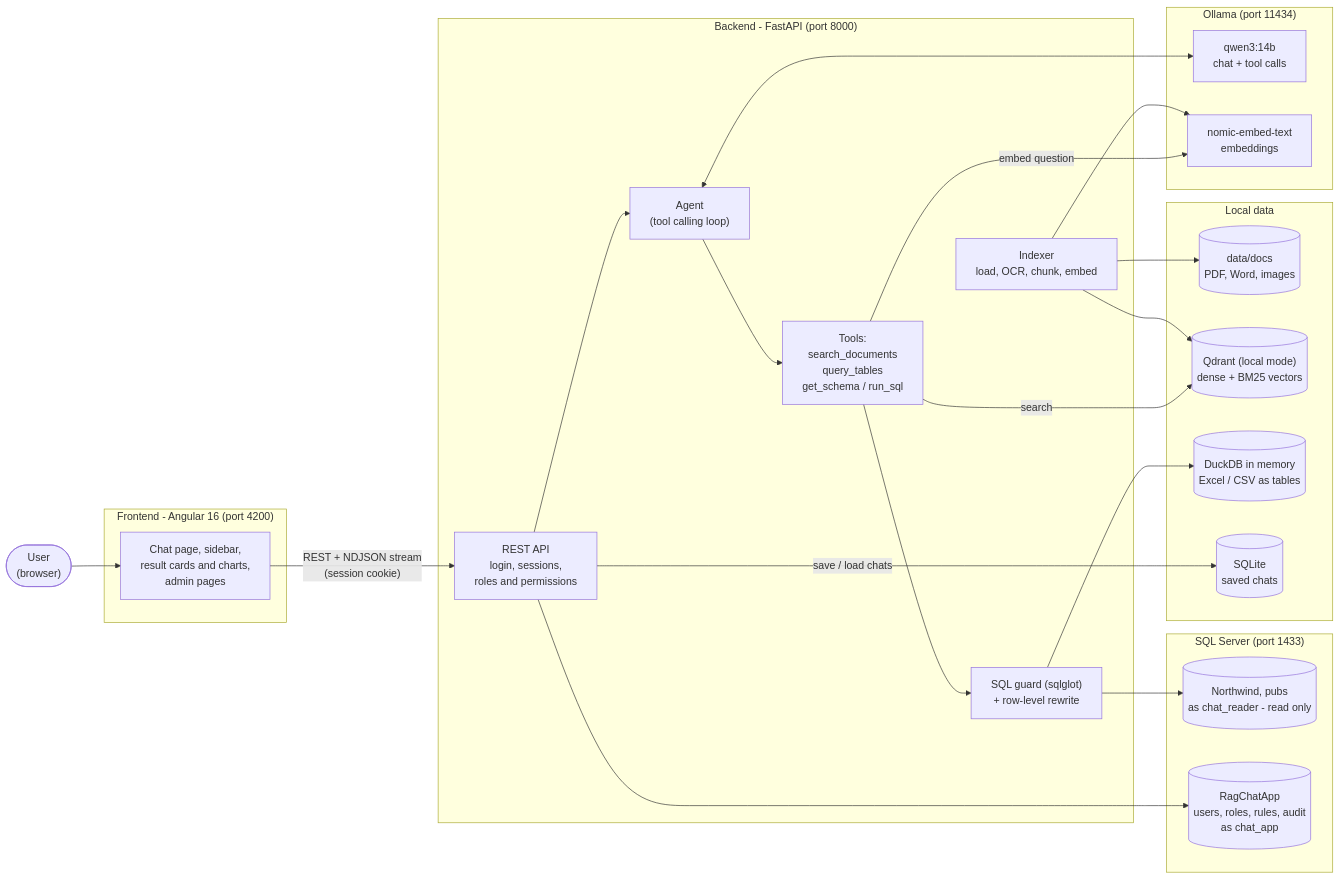
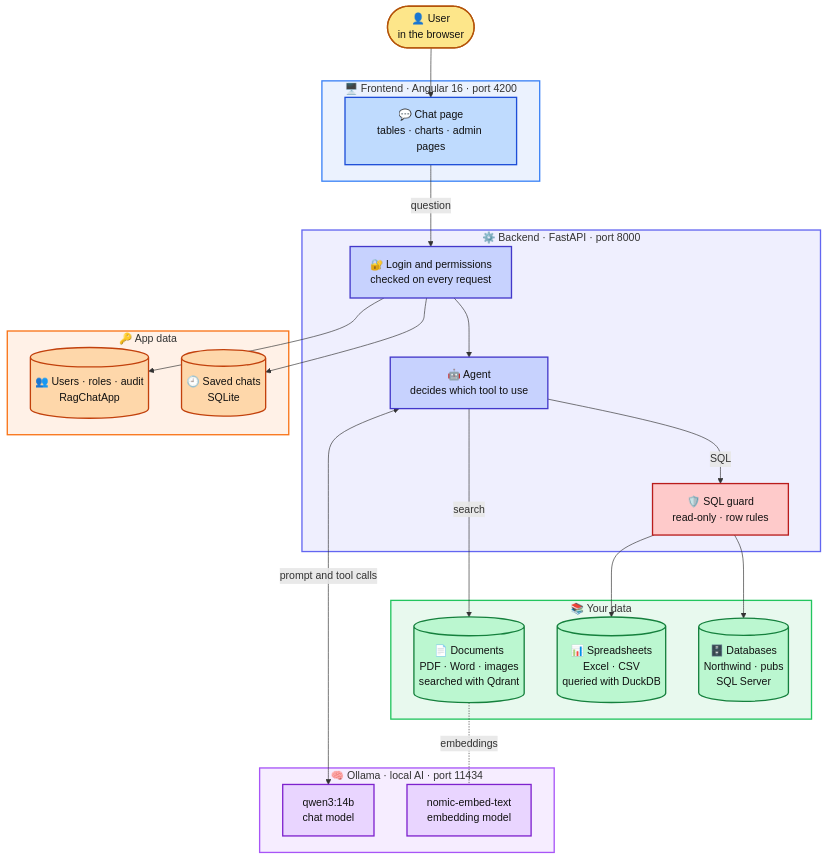
Before and after one commit to jagadeesh-dotnet/rag-chat-on-premise-ai: the first of 2 diagrams in README.md, drawn with Mermaid. The commit also changed other lines of this file, not shown here.

````diff
--- a/README.md
+++ b/README.md
@@ -35,49 +35,56 @@
 ```mermaid
-flowchart LR
-    user(["User<br/>(browser)"])
+flowchart TB
+    U(["👤 User<br/>in the browser"]):::user
 
-    subgraph FE["Frontend - Angular 16 (port 4200)"]
-        ui["Chat page, sidebar,<br/>result cards and charts,<br/>admin pages"]
+    subgraph FE["🖥️ Frontend · Angular 16 · port 4200"]
+        UI["💬 Chat page<br/>tables · charts · admin pages"]:::fe
     end
 
-    subgraph BE["Backend - FastAPI (port 8000)"]
-        auth["REST API<br/>login, sessions,<br/>roles and permissions"]
-        agent["Agent<br/>(tool calling loop)"]
-        tools["Tools:<br/>search_documents<br/>query_tables<br/>get_schema / run_sql"]
-        guard["SQL guard (sqlglot)<br/>+ row-level rewrite"]
-        ingest["Indexer<br/>load, OCR, chunk, embed"]
+    subgraph BE["⚙️ Backend · FastAPI · port 8000"]
+        API["🔐 Login and permissions<br/>checked on every request"]:::be
+        AG["🤖 Agent<br/>decides which tool to use"]:::be
+        GD["🛡️ SQL guard<br/>read-only · row rules"]:::guard
     end
 
-    subgraph AI["Ollama (port 11434)"]
-        llm["qwen3:14b<br/>chat + tool calls"]
-        emb["nomic-embed-text<br/>embeddings"]
+    subgraph AI["🧠 Ollama · local AI · port 11434"]
+        LLM["qwen3:14b<br/>chat model"]:::ai
+        EMB["nomic-embed-text<br/>embedding model"]:::ai
     end
 
-    subgraph DATA["Local data"]
-        docs[("data/docs<br/>PDF, Word, images")]
-        qdrant[("Qdrant (local mode)<br/>dense + BM25 vectors")]
-        duck[("DuckDB in memory<br/>Excel / CSV as tables")]
-        chats[("SQLite<br/>saved chats")]
+    subgraph SRC["📚 Your data"]
+        DOC[("📄 Documents<br/>PDF · Word · images<br/>searched with Qdrant")]:::data
+        XLS[("📊 Spreadsheets<br/>Excel · CSV<br/>queried with DuckDB")]:::data
+        DB[("🗄️ Databases<br/>Northwind · pubs<br/>SQL Server")]:::data
     end
 
-    subgraph SQL["SQL Server (port 1433)"]
-        biz[("Northwind, pubs<br/>as chat_reader - read only")]
-        app[("RagChatApp<br/>users, roles, rules, audit<br/>as chat_app")]
+    subgraph APP["🔑 App data"]
+        ACC[("👥 Users · roles · audit<br/>RagChatApp")]:::app
+        CH[("🕘 Saved chats<br/>SQLite")]:::app
     end
 
-    user --> ui
-    ui -- "REST + NDJSON stream<br/>(session cookie)" --> auth
-    auth --> agent
-    agent <--> llm
-    agent --> tools
-    tools --> guard
-    guard --> duck
-    guard --> biz
-    tools -- "search" --> qdrant
-    tools -- "embed question" --> emb
-    ingest --> docs
-    ingest --> emb
-    ingest --> qdrant
-    auth --> app
-    auth -- "save / load chats" --> chats
+    U --> UI
+    UI -- "question" --> API
+    API --> AG
+    AG <-- "prompt and tool calls" --> LLM
+    AG -- "search" --> DOC
+    DOC -. "embeddings" .- EMB
+    AG -- "SQL" --> GD
+    GD --> XLS
+    GD --> DB
+    API --> ACC
+    API --> CH
+
+    classDef user  fill:#fde68a,stroke:#b45309,stroke-width:2px,color:#111
+    classDef fe    fill:#bfdbfe,stroke:#1d4ed8,stroke-width:2px,color:#111
+    classDef be    fill:#c7d2fe,stroke:#4338ca,stroke-width:2px,color:#111
+    classDef guard fill:#fecaca,stroke:#b91c1c,stroke-width:2px,color:#111
+    classDef ai    fill:#e9d5ff,stroke:#7e22ce,stroke-width:2px,color:#111
+    classDef data  fill:#bbf7d0,stroke:#15803d,stroke-width:2px,color:#111
+    classDef app   fill:#fed7aa,stroke:#c2410c,stroke-width:2px,color:#111
+
+    style FE  fill:#3b82f61a,stroke:#3b82f6,stroke-width:2px
+    style BE  fill:#6366f11a,stroke:#6366f1,stroke-width:2px
+    style AI  fill:#a855f71a,stroke:#a855f7,stroke-width:2px
+    style SRC fill:#22c55e1a,stroke:#22c55e,stroke-width:2px
+    style APP fill:#f973161a,stroke:#f97316,stroke-width:2px
 ```
````
